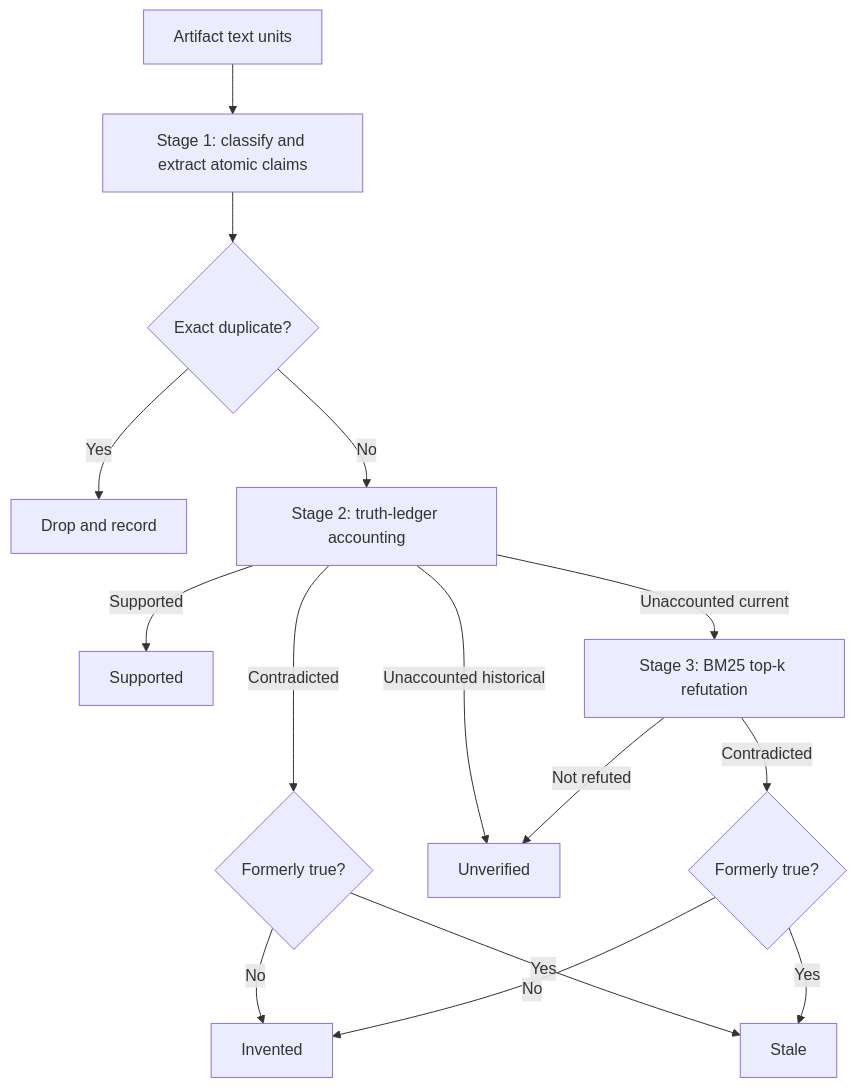
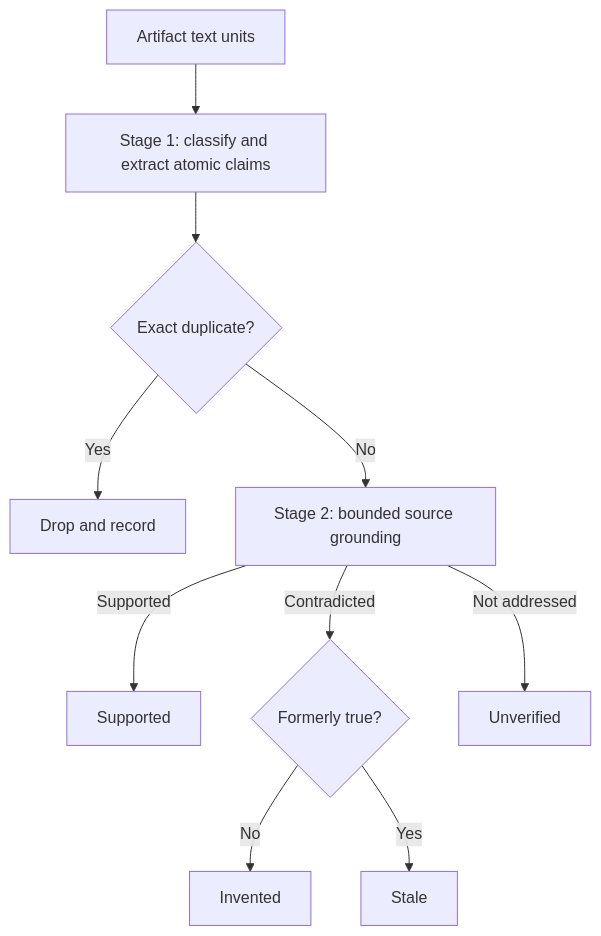
The second of 2 diagrams in evals/ledger/README.md (langchain-ai/openwiki), drawn with Mermaid before and after one commit. The commit also changed other lines of this file and 1 other file, not shown here.

````diff
--- a/evals/ledger/README.md
+++ b/evals/ledger/README.md
@@ -314,17 +319,12 @@
 ```mermaid
 flowchart TD
     W[Artifact text units] --> E[Stage 1: classify and extract atomic claims]
     E --> D{Exact duplicate?}
     D -->|Yes| X[Drop and record]
-    D -->|No| L[Stage 2: truth-ledger accounting]
-    L -->|Supported| SP[Supported]
-    L -->|Contradicted| FT{Formerly true?}
+    D -->|No| G[Stage 2: bounded source grounding]
+    G -->|Supported| SP[Supported]
+    G -->|Contradicted| FT{Formerly true?}
     FT -->|No| IN[Invented]
     FT -->|Yes| ST[Stale]
-    L -->|Unaccounted historical| UV[Unverified]
-    L -->|Unaccounted current| R[Stage 3: BM25 top-k refutation]
-    R -->|Not refuted| UV
-    R -->|Contradicted| SF{Formerly true?}
-    SF -->|No| IN
-    SF -->|Yes| ST
+    G -->|Not addressed| UV[Unverified]
 ```
````
